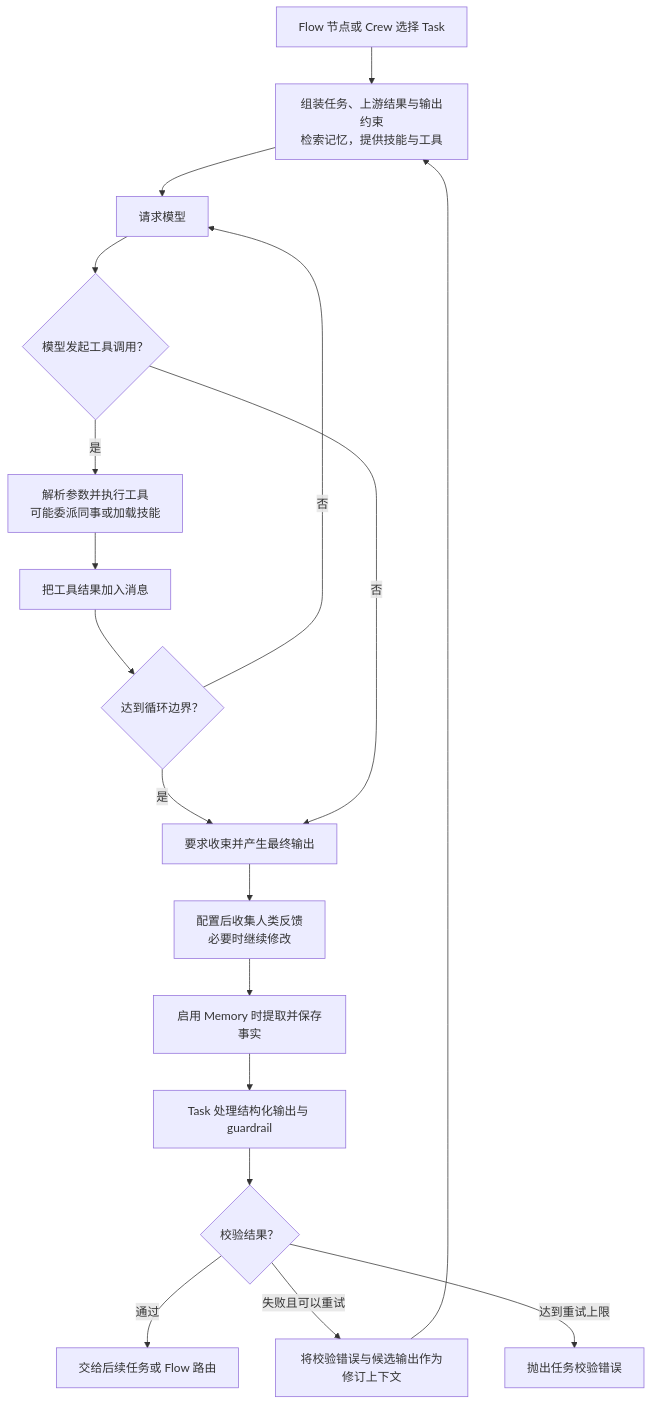
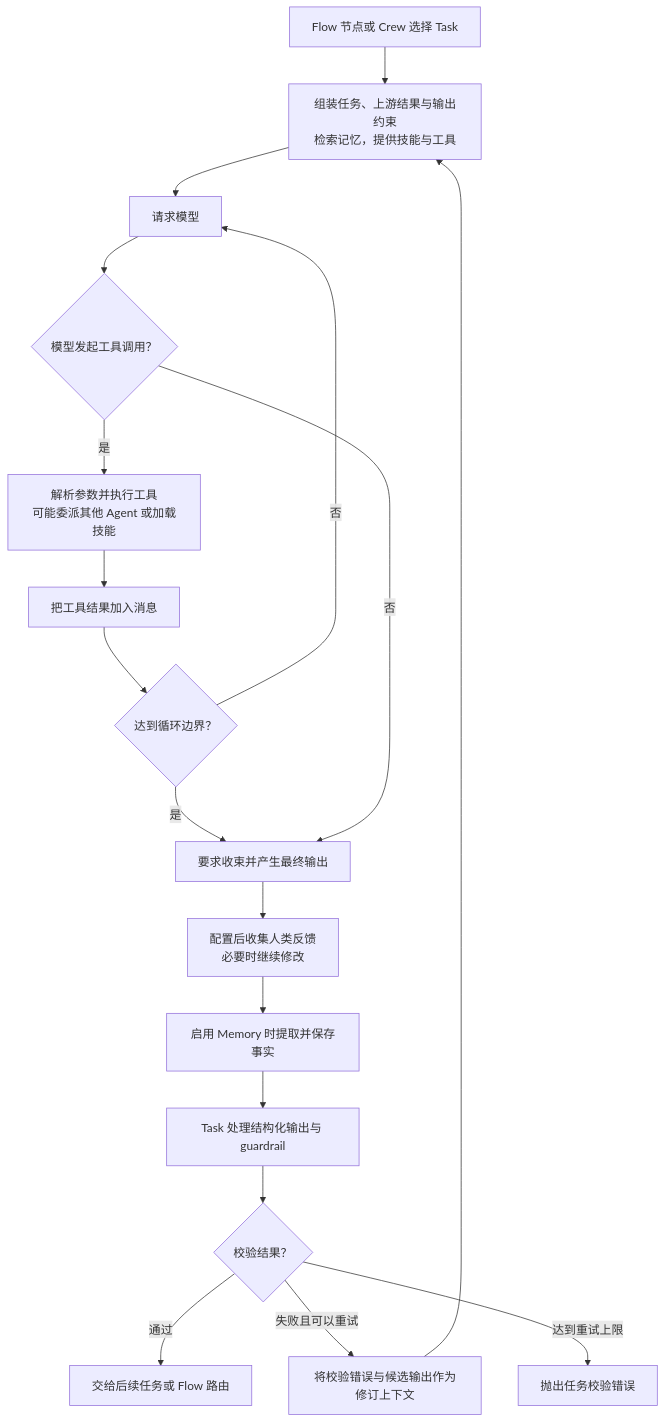
Before and after one commit to Uyouii/Reading: the first of 3 diagrams in 大模型/Agents/CrewAI 设计与实现.md, drawn with Mermaid. The commit also changed other lines of this file and 3 other files, not shown here.

````diff
--- a/大模型/Agents/CrewAI 设计与实现.md
+++ b/大模型/Agents/CrewAI 设计与实现.md
@@ -33,20 +33,20 @@
 ```mermaid
 flowchart TD
     INPUT["Flow 节点或 Crew 选择 Task"] --> PREP["组装任务、上游结果与输出约束<br/>检索记忆，提供技能与工具"]
     PREP --> MODEL["请求模型"]
     MODEL --> CALL{"模型发起工具调用？"}
-    CALL -->|是| TOOL["解析参数并执行工具<br/>可能委派同事或加载技能"]
+    CALL -->|是| TOOL["解析参数并执行工具<br/>可能委派其他 Agent 或加载技能"]
     TOOL --> OBS["把工具结果加入消息"]
     OBS --> LIMIT{"达到循环边界？"}
     LIMIT -->|否| MODEL
     LIMIT -->|是| FINAL["要求收束并产生最终输出"]
     CALL -->|否| FINAL
     FINAL --> HUMAN["配置后收集人类反馈<br/>必要时继续修改"]
     HUMAN --> MEMORY["启用 Memory 时提取并保存事实"]
     MEMORY --> CHECK["Task 处理结构化输出与 guardrail"]
     CHECK --> VALID{"校验结果？"}
     VALID -->|通过| NEXT["交给后续任务或 Flow 路由"]
     VALID -->|失败且可以重试| RETRY["将校验错误与候选输出作为修订上下文"]
     RETRY --> PREP
     VALID -->|达到重试上限| ERROR["抛出任务校验错误"]
 ```
````
